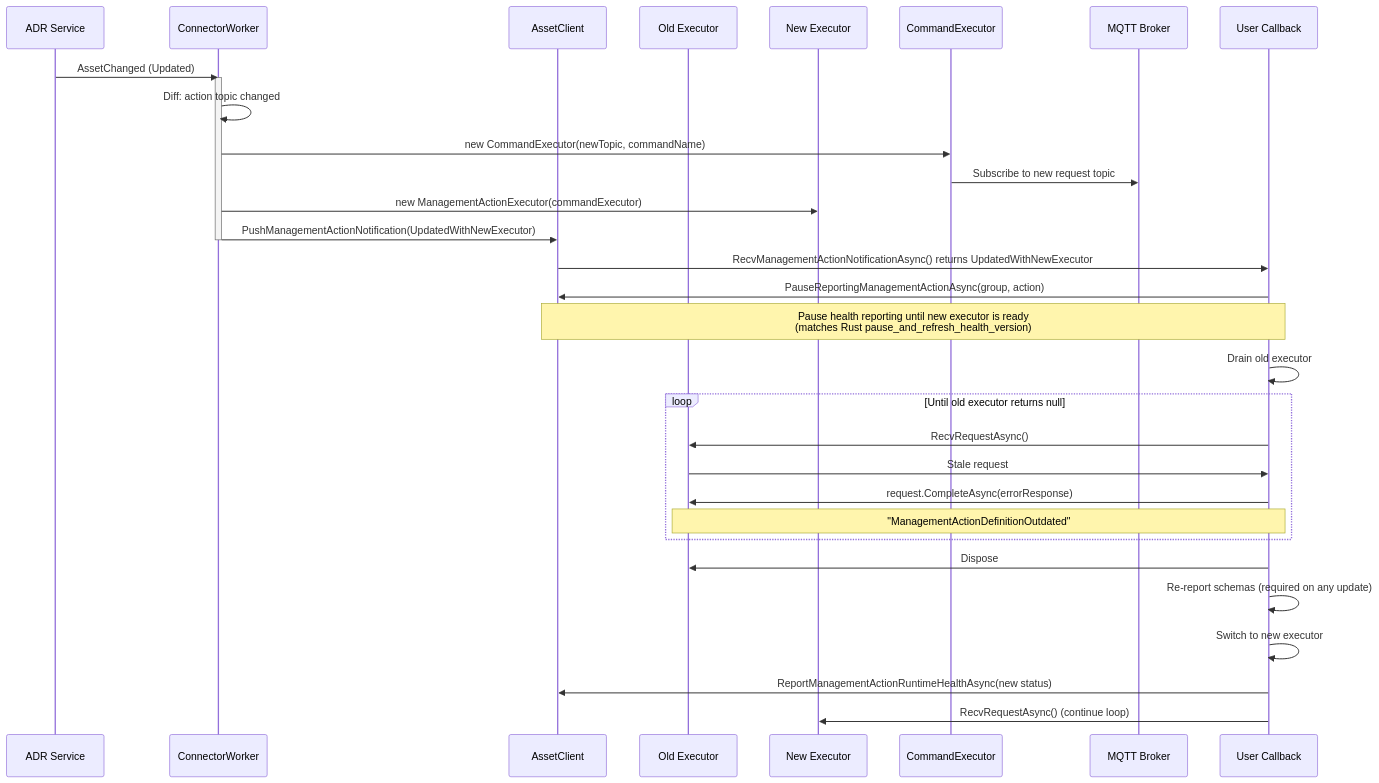
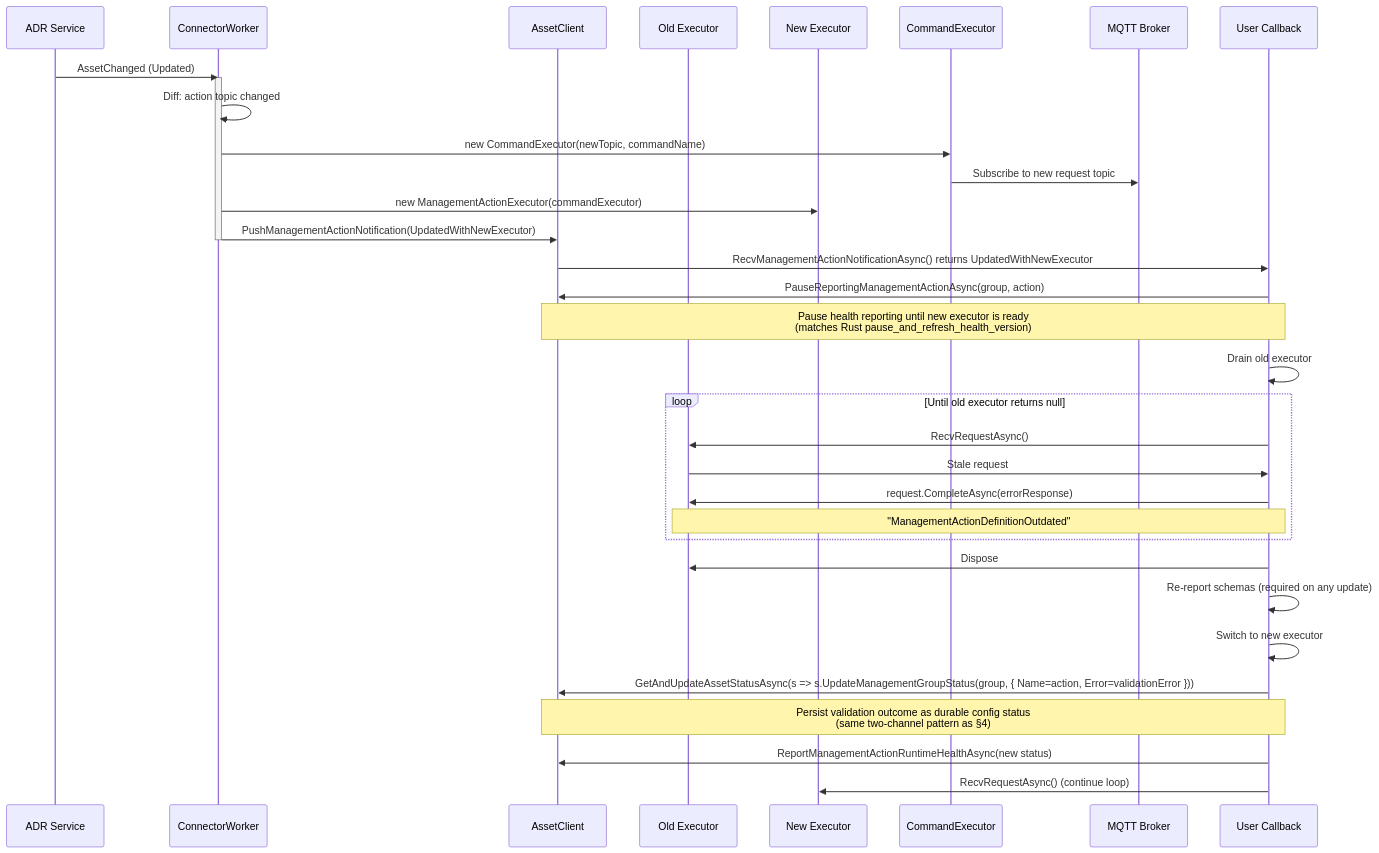
One commit to Azure/iot-operations-sdks changed the seventh of 10 diagrams in doc/dev/tmp/management-action-implementation-design.md. Above: the diagram before and after it, drawn with Mermaid. The commit also changed other lines of this file and 2 other files, not shown here.

Commit message:
feat: Enhance management action status updates with durable config persistence

````diff
--- a/doc/dev/tmp/management-action-implementation-design.md
+++ b/doc/dev/tmp/management-action-implementation-design.md
@@ -731,40 +734,42 @@
 ```mermaid
 sequenceDiagram
     participant ADR as ADR Service
     participant CW as ConnectorWorker
     participant AC as AssetClient
     participant MAE_old as Old Executor
     participant MAE_new as New Executor
     participant CE as CommandExecutor
     participant MQTT as MQTT Broker
     participant User as User Callback
 
     ADR->>CW: AssetChanged (Updated)
     activate CW
     CW->>CW: Diff: action topic changed
 
     CW->>CE: new CommandExecutor(newTopic, commandName)
     CE->>MQTT: Subscribe to new request topic
     CW->>MAE_new: new ManagementActionExecutor(commandExecutor)
 
     CW->>AC: PushManagementActionNotification(UpdatedWithNewExecutor)
     deactivate CW
     AC->>User: RecvManagementActionNotificationAsync() returns UpdatedWithNewExecutor
 
     User->>AC: PauseReportingManagementActionAsync(group, action)
     Note over User,AC: Pause health reporting until new executor is ready<br/>(matches Rust pause_and_refresh_health_version)
 
     User->>User: Drain old executor
     loop Until old executor returns null
         User->>MAE_old: RecvRequestAsync()
         MAE_old->>User: Stale request
         User->>MAE_old: request.CompleteAsync(errorResponse)
         Note over User,MAE_old: "ManagementActionDefinitionOutdated"
     end
     User->>MAE_old: Dispose
 
     User->>User: Re-report schemas (required on any update)
     User->>User: Switch to new executor
+    User->>AC: GetAndUpdateAssetStatusAsync(s => s.UpdateManagementGroupStatus(group, { Name=action, Error=validationError }))
+    Note over User,AC: Persist validation outcome as durable config status<br/>(same two-channel pattern as §4)
     User->>AC: ReportManagementActionRuntimeHealthAsync(new status)
     User->>MAE_new: RecvRequestAsync() (continue loop)
 ```
````
